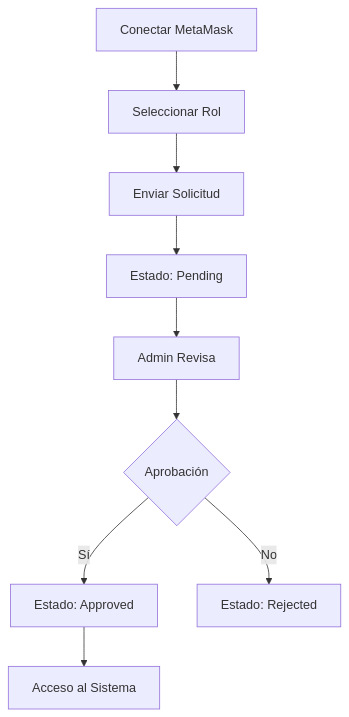
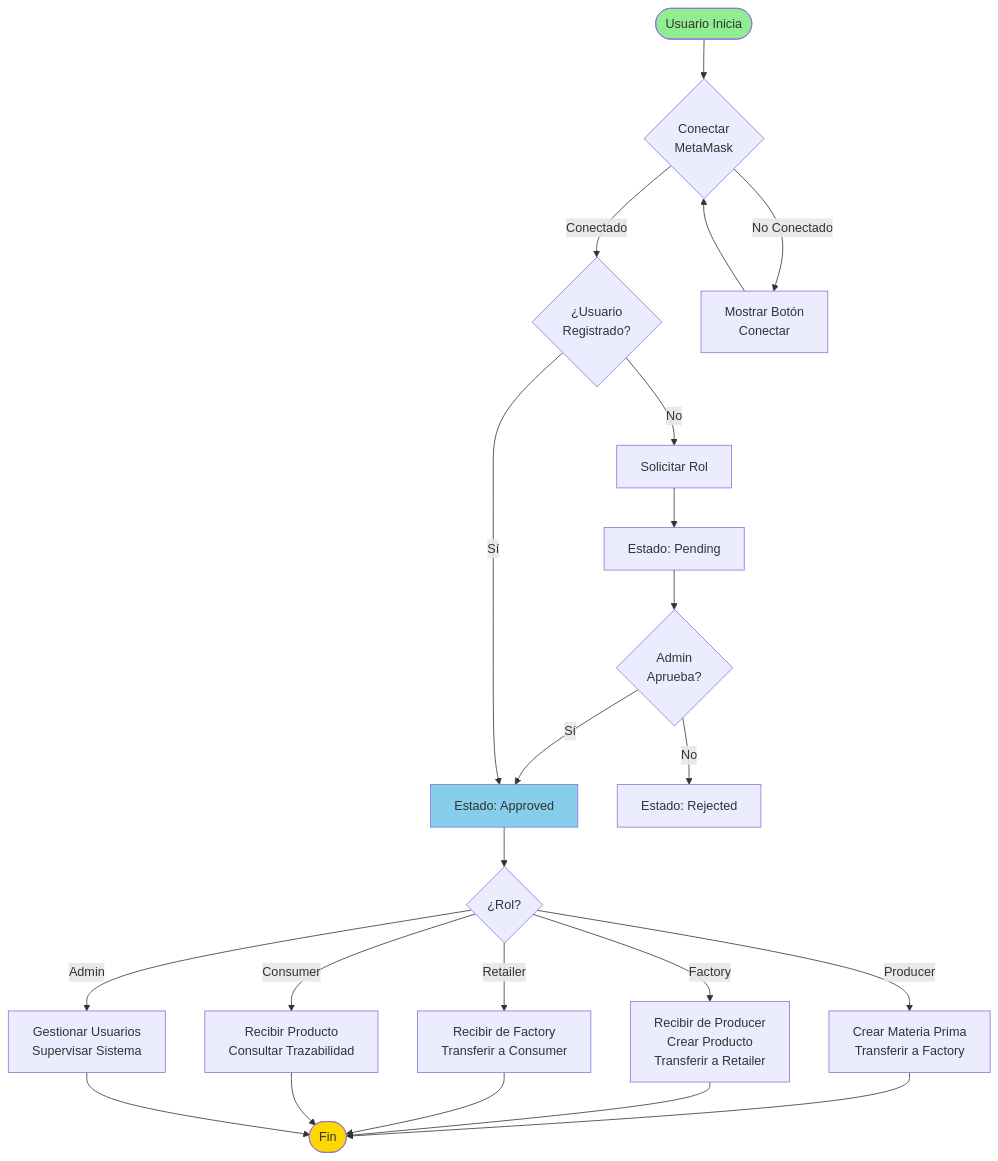
Before and after one commit to andres54-coder/supply-chain-tracker: the fifth of 5 diagrams in README.md, drawn with Mermaid. The commit also changed other lines of this file and 8 other files, not shown here.

````diff
--- a/README.md
+++ b/README.md
@@ -316,11 +237,32 @@
 ```mermaid
-graph TD
-    A[Conectar MetaMask] --> B[Seleccionar Rol]
-    B --> C[Enviar Solicitud]
-    C --> D[Estado: Pending]
-    D --> E[Admin Revisa]
-    E --> F{Aprobación}
-    F -->|Sí| G[Estado: Approved]
-    F -->|No| H[Estado: Rejected]
-    G --> I[Acceso al Sistema]
+flowchart TD
+    START([Usuario Inicia]) --> CONNECT{Conectar<br/>MetaMask}
+    CONNECT -->|Conectado| CHECK{¿Usuario<br/>Registrado?}
+    CONNECT -->|No Conectado| WAIT[Mostrar Botón<br/>Conectar]
+    WAIT --> CONNECT
+    
+    CHECK -->|No| REGISTER[Solicitar Rol]
+    REGISTER --> PENDING[Estado: Pending]
+    PENDING --> ADMIN_CHECK{Admin<br/>Aprueba?}
+    ADMIN_CHECK -->|Sí| APPROVED[Estado: Approved]
+    ADMIN_CHECK -->|No| REJECTED[Estado: Rejected]
+    
+    CHECK -->|Sí| APPROVED
+    APPROVED --> ROLE{¿Rol?}
+    
+    ROLE -->|Producer| PROD_FLOW[Crear Materia Prima<br/>Transferir a Factory]
+    ROLE -->|Factory| FACT_FLOW[Recibir de Producer<br/>Crear Producto<br/>Transferir a Retailer]
+    ROLE -->|Retailer| RETAIL_FLOW[Recibir de Factory<br/>Transferir a Consumer]
+    ROLE -->|Consumer| CONS_FLOW[Recibir Producto<br/>Consultar Trazabilidad]
+    ROLE -->|Admin| ADMIN_FLOW[Gestionar Usuarios<br/>Supervisar Sistema]
+    
+    PROD_FLOW --> END([Fin])
+    FACT_FLOW --> END
+    RETAIL_FLOW --> END
+    CONS_FLOW --> END
+    ADMIN_FLOW --> END
+    
+    style START fill:#90EE90
+    style APPROVED fill:#87CEEB
+    style END fill:#FFD700
 ```
````
